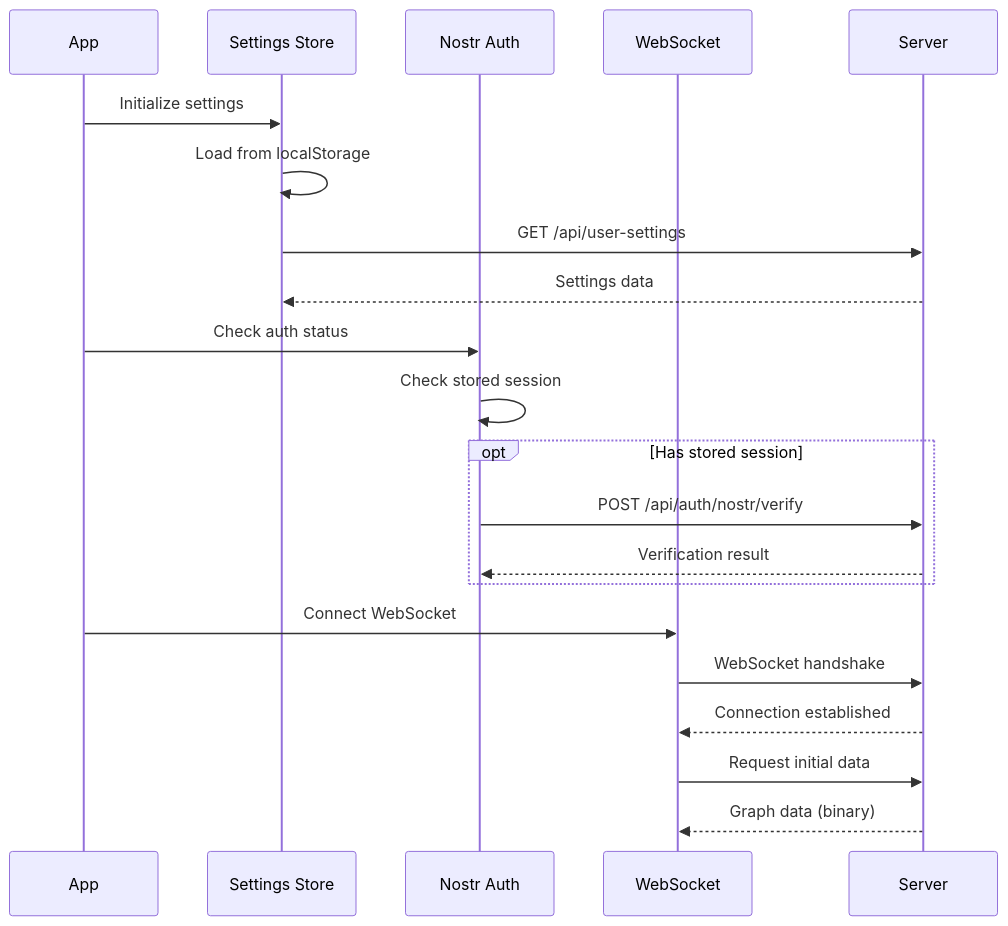
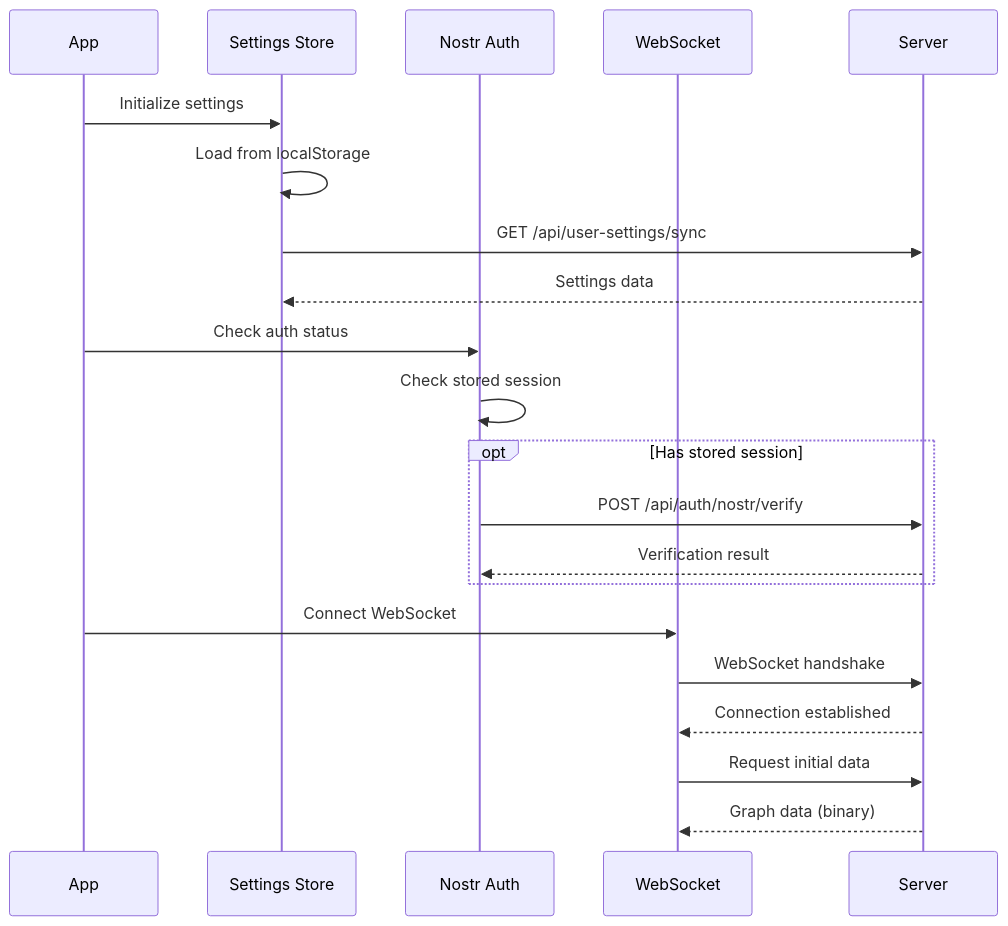
One commit to DreamLab-AI/VisionFlow changed the fourth of 9 diagrams in README.md. Above: the diagram before and after it, drawn with Mermaid. The commit also changed other lines of this file and 19 other files, not shown here.

````diff
--- a/README.md
+++ b/README.md
@@ -320,26 +338,26 @@
 ```mermaid
 sequenceDiagram
     participant Client as App
     participant Store as Settings Store
     participant Auth as Nostr Auth
     participant WS as WebSocket
     participant Server as Server
 
     Client->>Store: Initialize settings
     Store->>Store: Load from localStorage
-    Store->>Server: GET /api/user-settings
+    Store->>Server: GET /api/user-settings/sync
     Server-->>Store: Settings data
     
     Client->>Auth: Check auth status
     Auth->>Auth: Check stored session
     opt Has stored session
         Auth->>Server: POST /api/auth/nostr/verify
         Server-->>Auth: Verification result
     end
     
     Client->>WS: Connect WebSocket
     WS->>Server: WebSocket handshake
     Server-->>WS: Connection established
     WS->>Server: Request initial data
     Server-->>WS: Graph data (binary)
 ```
````
